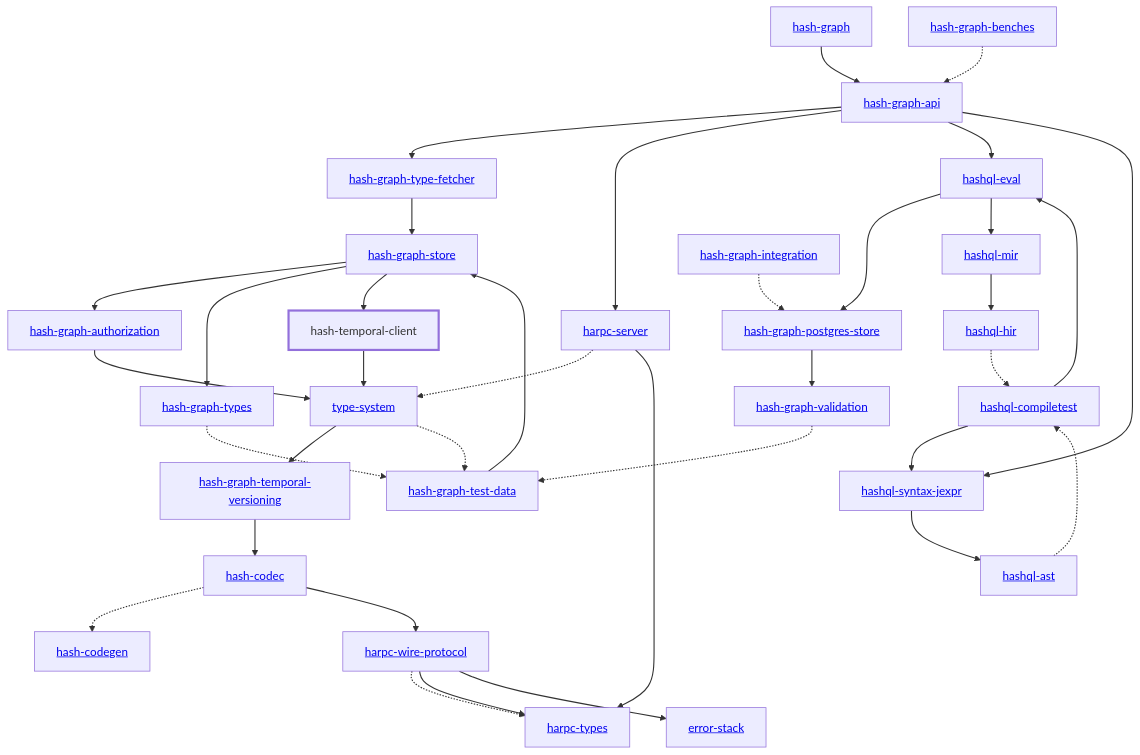
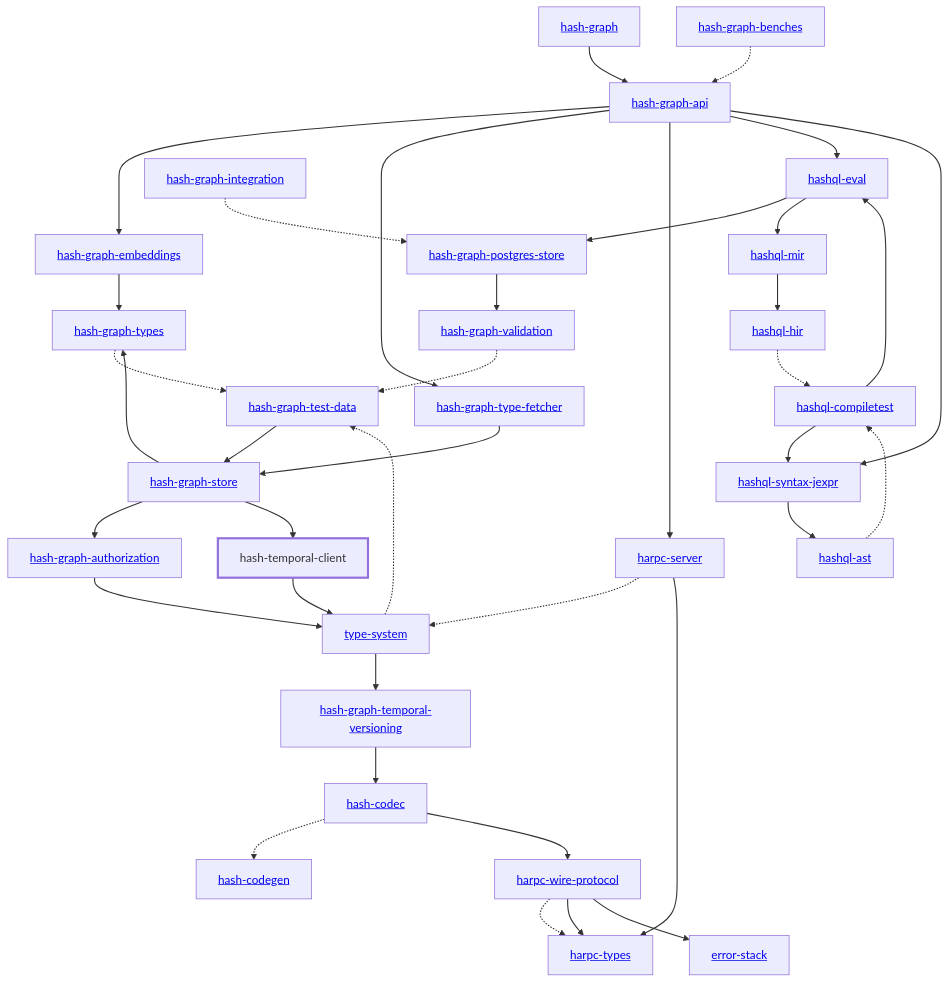
The diagram in libs/@local/temporal-client/docs/dependency-diagram.mmd (hashintel/hash), drawn with Mermaid before and after one commit. The commit also changed 16 other files, not shown here.

Commit message:
BE-622: Update dependency diagrams

```diff
--- a/libs/@local/temporal-client/docs/dependency-diagram.mmd
+++ b/libs/@local/temporal-client/docs/dependency-diagram.mmd
@@ -1,72 +1,75 @@
 graph TD
     linkStyle default stroke-width:1.5px
     classDef default stroke-width:1px
     classDef root stroke-width:3px
     classDef dev stroke-width:1px
     classDef build stroke-width:1px
     %% Legend
     %% --> : Normal dependency
     %% -.-> : Dev dependency
     %% ---> : Build dependency
     0[<a href="../hash_graph/index.html">hash-graph</a>]
     1[<a href="../type_system/index.html">type-system</a>]
     2[<a href="../hash_codec/index.html">hash-codec</a>]
     3[<a href="../hash_codegen/index.html">hash-codegen</a>]
     4[<a href="../hash_graph_api/index.html">hash-graph-api</a>]
     5[<a href="../hash_graph_authorization/index.html">hash-graph-authorization</a>]
-    6[<a href="../hash_graph_postgres_store/index.html">hash-graph-postgres-store</a>]
-    7[<a href="../hash_graph_store/index.html">hash-graph-store</a>]
-    8[<a href="../hash_graph_temporal_versioning/index.html">hash-graph-temporal-versioning</a>]
-    9[<a href="../hash_graph_type_fetcher/index.html">hash-graph-type-fetcher</a>]
-    10[<a href="../hash_graph_types/index.html">hash-graph-types</a>]
-    11[<a href="../hash_graph_validation/index.html">hash-graph-validation</a>]
-    12[<a href="../harpc_server/index.html">harpc-server</a>]
-    13[<a href="../harpc_types/index.html">harpc-types</a>]
-    14[<a href="../harpc_wire_protocol/index.html">harpc-wire-protocol</a>]
-    15[<a href="../hashql_ast/index.html">hashql-ast</a>]
-    16[<a href="../hashql_compiletest/index.html">hashql-compiletest</a>]
-    17[<a href="../hashql_eval/index.html">hashql-eval</a>]
-    18[<a href="../hashql_hir/index.html">hashql-hir</a>]
-    19[<a href="../hashql_mir/index.html">hashql-mir</a>]
-    20[<a href="../hashql_syntax_jexpr/index.html">hashql-syntax-jexpr</a>]
-    21[hash-temporal-client]
-    class 21 root
-    22[<a href="../error_stack/index.html">error-stack</a>]
-    23[<a href="../hash_graph_benches/index.html">hash-graph-benches</a>]
-    24[<a href="../hash_graph_integration/index.html">hash-graph-integration</a>]
-    25[<a href="../hash_graph_test_data/index.html">hash-graph-test-data</a>]
+    6[<a href="../hash_graph_embeddings/index.html">hash-graph-embeddings</a>]
+    7[<a href="../hash_graph_postgres_store/index.html">hash-graph-postgres-store</a>]
+    8[<a href="../hash_graph_store/index.html">hash-graph-store</a>]
+    9[<a href="../hash_graph_temporal_versioning/index.html">hash-graph-temporal-versioning</a>]
+    10[<a href="../hash_graph_type_fetcher/index.html">hash-graph-type-fetcher</a>]
+    11[<a href="../hash_graph_types/index.html">hash-graph-types</a>]
+    12[<a href="../hash_graph_validation/index.html">hash-graph-validation</a>]
+    13[<a href="../harpc_server/index.html">harpc-server</a>]
+    14[<a href="../harpc_types/index.html">harpc-types</a>]
+    15[<a href="../harpc_wire_protocol/index.html">harpc-wire-protocol</a>]
+    16[<a href="../hashql_ast/index.html">hashql-ast</a>]
+    17[<a href="../hashql_compiletest/index.html">hashql-compiletest</a>]
+    18[<a href="../hashql_eval/index.html">hashql-eval</a>]
+    19[<a href="../hashql_hir/index.html">hashql-hir</a>]
+    20[<a href="../hashql_mir/index.html">hashql-mir</a>]
+    21[<a href="../hashql_syntax_jexpr/index.html">hashql-syntax-jexpr</a>]
+    22[hash-temporal-client]
+    class 22 root
+    23[<a href="../error_stack/index.html">error-stack</a>]
+    24[<a href="../hash_graph_benches/index.html">hash-graph-benches</a>]
+    25[<a href="../hash_graph_integration/index.html">hash-graph-integration</a>]
+    26[<a href="../hash_graph_test_data/index.html">hash-graph-test-data</a>]
     0 --> 4
-    1 --> 8
-    1 -.-> 25
+    1 --> 9
+    1 -.-> 26
     2 -.-> 3
-    2 --> 14
-    4 --> 9
-    4 --> 12
-    4 --> 17
-    4 --> 20
+    2 --> 15
+    4 --> 6
+    4 --> 10
+    4 --> 13
+    4 --> 18
+    4 --> 21
     5 --> 1
     6 --> 11
-    7 --> 5
-    7 --> 10
-    7 --> 21
-    8 --> 2
-    9 --> 7
-    10 -.-> 25
-    11 -.-> 25
-    12 -.-> 1
-    12 --> 13
-    14 -.-> 13
-    14 --> 13
-    14 --> 22
-    15 -.-> 16
-    16 --> 17
-    16 --> 20
-    17 --> 6
-    17 --> 19
-    18 -.-> 16
-    19 --> 18
-    20 --> 15
-    21 --> 1
-    23 -.-> 4
-    24 -.-> 6
-    25 --> 7
+    7 --> 12
+    8 --> 5
+    8 --> 11
+    8 --> 22
+    9 --> 2
+    10 --> 8
+    11 -.-> 26
+    12 -.-> 26
+    13 -.-> 1
+    13 --> 14
+    15 -.-> 14
+    15 --> 14
+    15 --> 23
+    16 -.-> 17
+    17 --> 18
+    17 --> 21
+    18 --> 7
+    18 --> 20
+    19 -.-> 17
+    20 --> 19
+    21 --> 16
+    22 --> 1
+    24 -.-> 4
+    25 -.-> 7
+    26 --> 8
```
